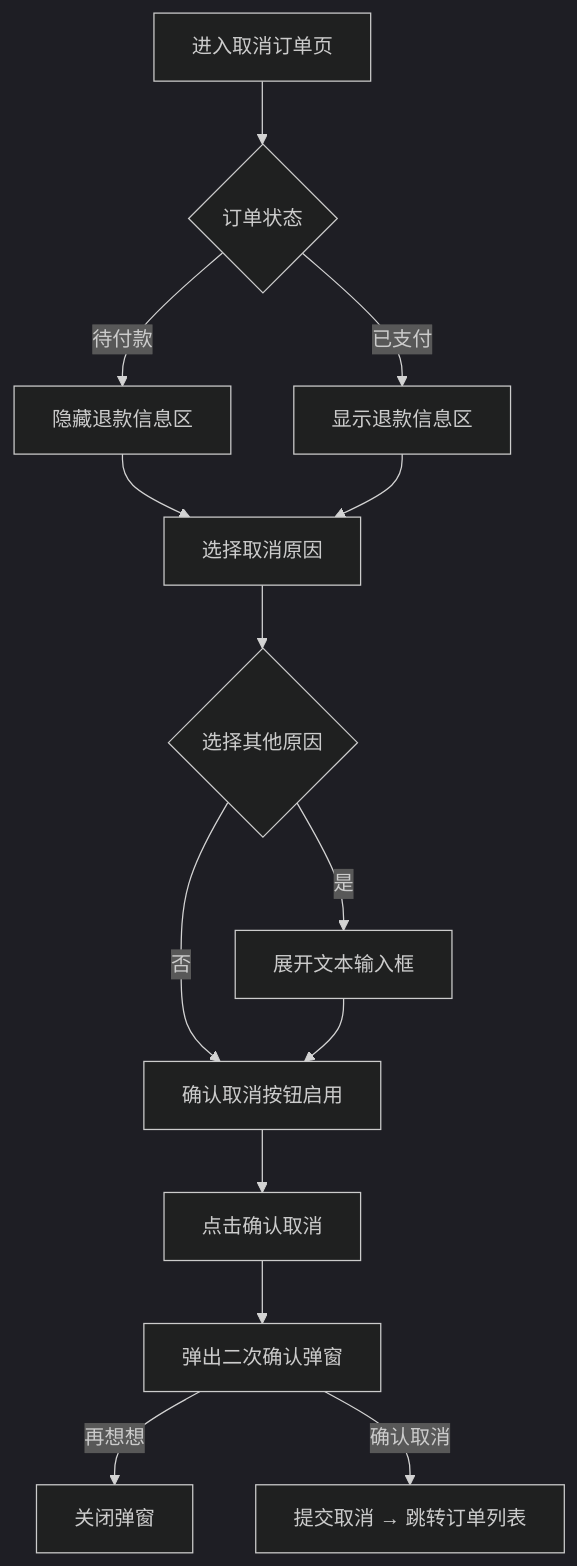
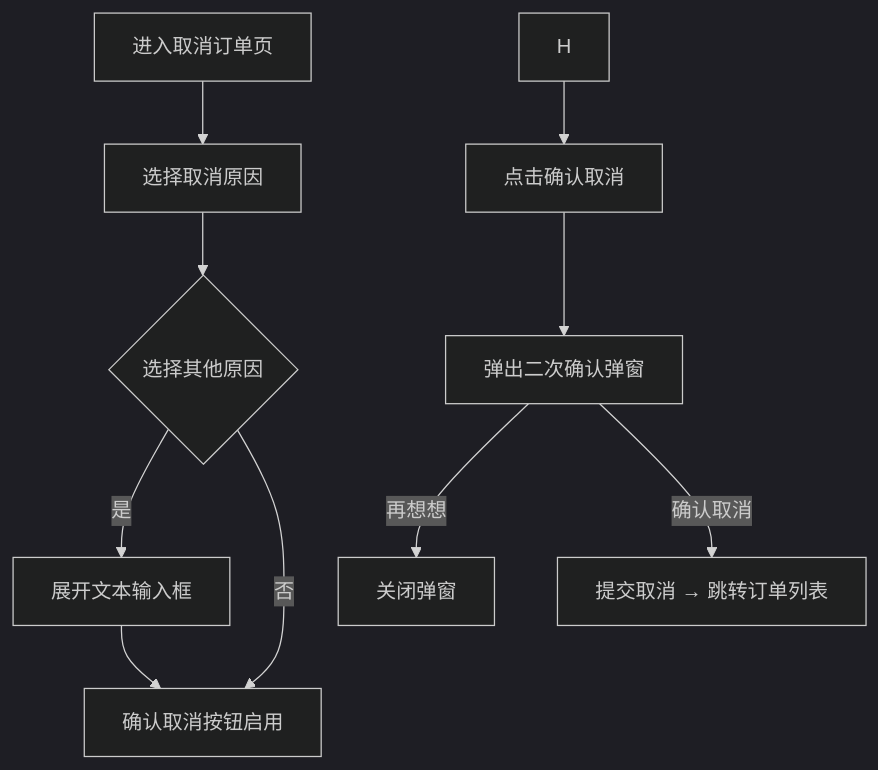
The eighth of 8 diagrams in doc/V0.3/PRD-mini-program-V0.3.md (lyuxiaohei/mini-program), drawn with Mermaid (dark theme) before and after one commit. The commit also changed other lines of this file and 5 other files, not shown here.

````diff
--- a/doc/V0.3/PRD-mini-program-V0.3.md
+++ b/doc/V0.3/PRD-mini-program-V0.3.md
@@ -805,16 +800,12 @@
 ```mermaid
 flowchart TD
-    A[进入取消订单页] --> B{订单状态}
-    B -->|待付款| C[隐藏退款信息区]
-    B -->|已支付| D[显示退款信息区]
-    C --> E[选择取消原因]
+    A[进入取消订单页] --> B[选择取消原因]
+    B --> C{选择其他原因}
+    C -->|是| D[展开文本输入框]
+    C -->|否| E[确认取消按钮启用]
     D --> E
-    E --> F{选择其他原因}
-    F -->|是| G[展开文本输入框]
-    F -->|否| H[确认取消按钮启用]
-    G --> H
     H --> I[点击确认取消]
     I --> J[弹出二次确认弹窗]
     J -->|再想想| K[关闭弹窗]
     J -->|确认取消| L[提交取消 → 跳转订单列表]
 ```
````
